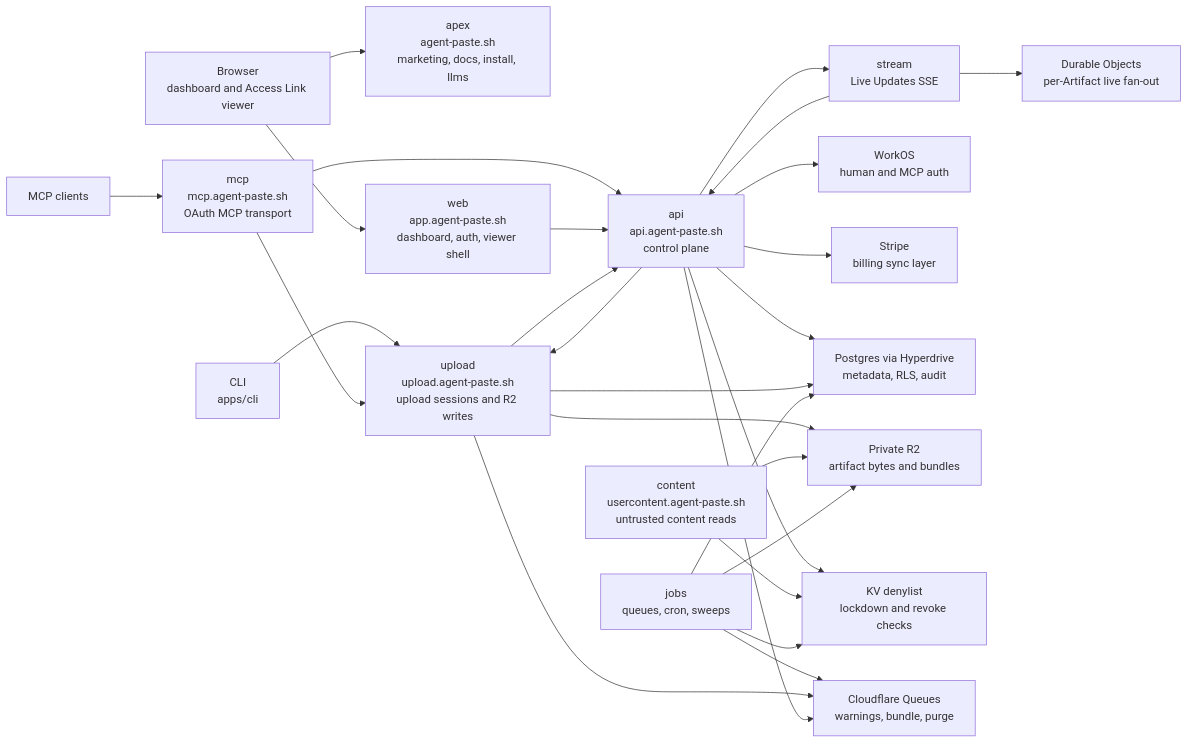
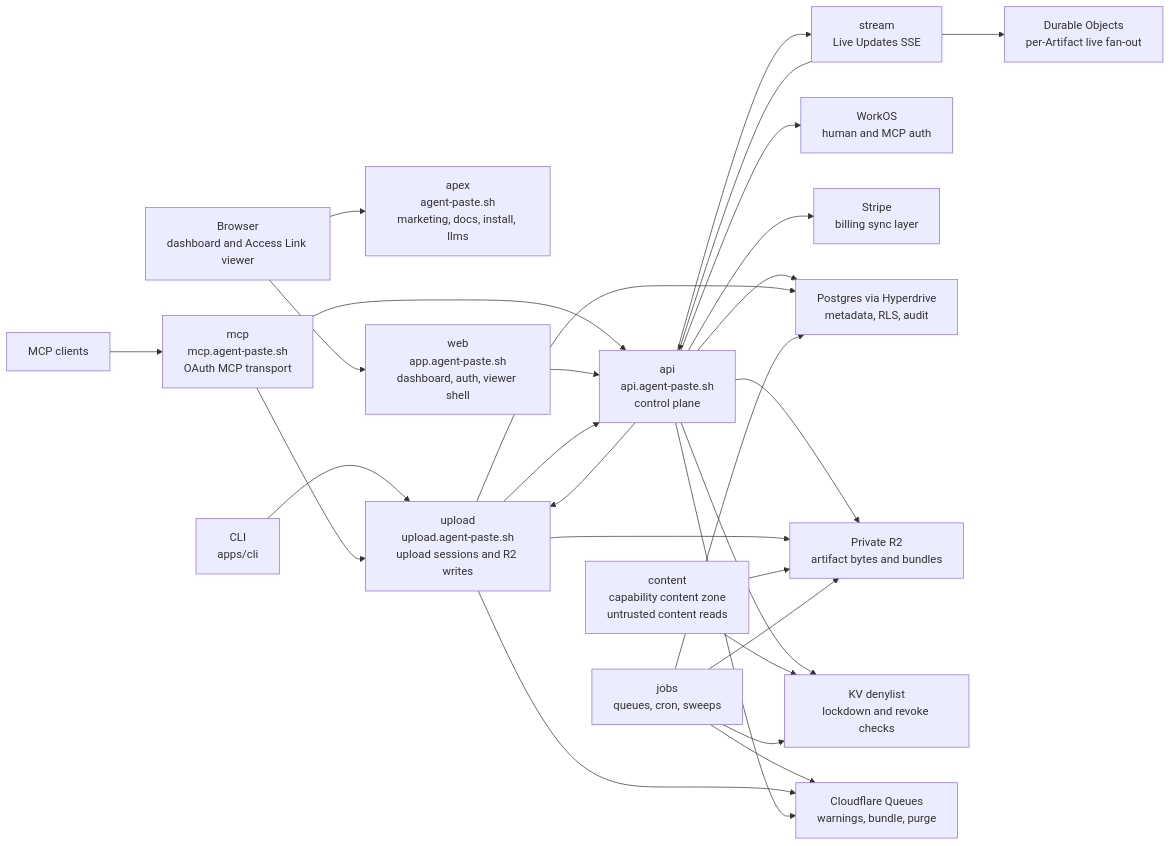
The first of 5 diagrams in docs/specs/architecture.md (zaks-io/agent-paste), drawn with Mermaid before and after one commit. The commit also changed other lines of this file and 39 other files, not shown here.

````diff
--- a/docs/specs/architecture.md
+++ b/docs/specs/architecture.md
@@ -16,52 +16,53 @@
 ```mermaid
 flowchart LR
   cli["CLI<br/>apps/cli"]
   browser["Browser<br/>dashboard and Access Link viewer"]
   agents["MCP clients"]
 
   apex["apex<br/>agent-paste.sh<br/>marketing, docs, install, llms"]
   web["web<br/>app.agent-paste.sh<br/>dashboard, auth, viewer shell"]
   mcp["mcp<br/>mcp.agent-paste.sh<br/>OAuth MCP transport"]
   api["api<br/>api.agent-paste.sh<br/>control plane"]
   upload["upload<br/>upload.agent-paste.sh<br/>upload sessions and R2 writes"]
-  content["content<br/>usercontent.agent-paste.sh<br/>untrusted content reads"]
+  content["content<br/>capability content zone<br/>untrusted content reads"]
   stream["stream<br/>Live Updates SSE"]
   jobs["jobs<br/>queues, cron, sweeps"]
 
   workos["WorkOS<br/>human and MCP auth"]
   stripe["Stripe<br/>billing sync layer"]
   pg["Postgres via Hyperdrive<br/>metadata, RLS, audit"]
   r2["Private R2<br/>artifact bytes and bundles"]
   kv["KV denylist<br/>lockdown and revoke checks"]
   queues["Cloudflare Queues<br/>warnings, bundle, purge"]
   durable["Durable Objects<br/>per-Artifact live fan-out"]
 
   cli --> upload
   agents --> mcp
   browser --> web
   browser --> apex
 
   mcp --> api
   mcp --> upload
   web --> api
   upload --> api
   api --> upload
   api --> stream
   stream --> durable
   stream --> api
 
   api --> pg
+  api --> r2
   api --> kv
   api --> workos
   api --> stripe
   upload --> r2
   upload --> pg
   content --> r2
   content --> kv
   jobs --> pg
   jobs --> r2
   jobs --> kv
   jobs --> queues
   upload --> queues
   api --> queues
 ```
````
